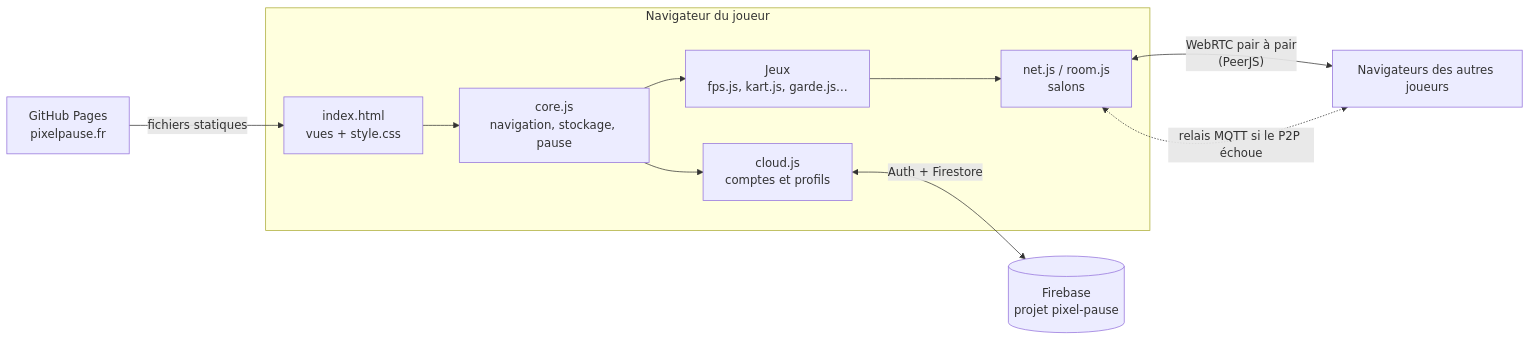
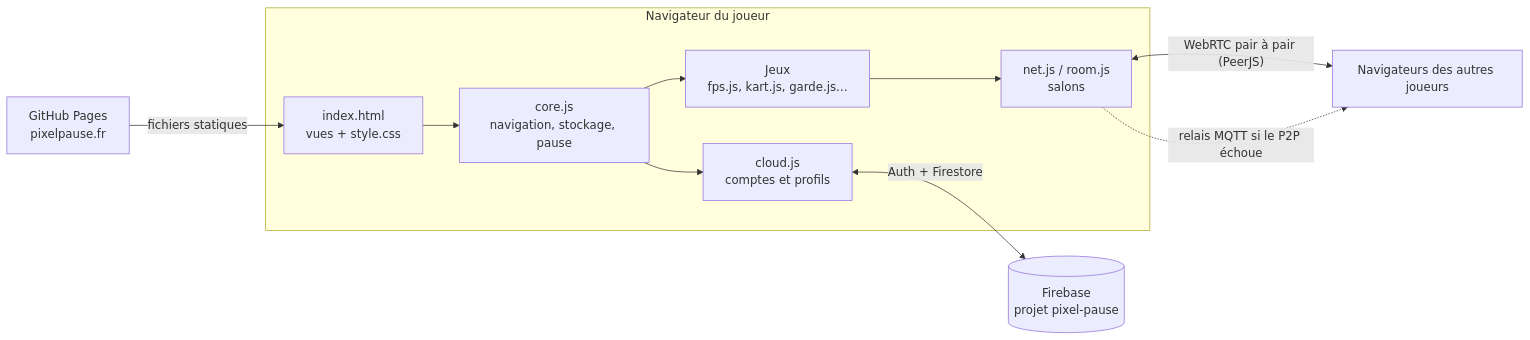
Before and after one commit to Anismk077/pixel-pause: the diagram in README.md, drawn with Mermaid.

Commit message:
README : schéma d'architecture plus robuste
Claude-Session: https://claude.ai/code/session_01JZHSzR26s3b4MM4egkxUR9

````diff
--- a/README.md
+++ b/README.md
@@ -124,18 +124,18 @@
 ```mermaid
 flowchart LR
     subgraph Navigateur["Navigateur du joueur"]
         UI["index.html<br/>vues + style.css"]
         CORE["core.js<br/>navigation, stockage, pause"]
         GAMES["Jeux<br/>fps.js, kart.js, garde.js…"]
         NET["net.js / room.js<br/>salons"]
         CLOUD["cloud.js<br/>comptes et profils"]
         UI --> CORE --> GAMES
         GAMES --> NET
         CORE --> CLOUD
     end
 
-    GH["GitHub Pages<br/>pixelpause.fr"] -- "fichiers statiques" --> UI
-    NET <-- "WebRTC pair à pair<br/>(PeerJS)" --> P2["Navigateurs des autres joueurs"]
-    NET <-. "relais MQTT si le P2P échoue" .-> P2
-    CLOUD <-- "Auth + Firestore" --> FB[("Firebase<br/>projet pixel-pause")]
+    GH["GitHub Pages<br/>pixelpause.fr"] -->|"fichiers statiques"| UI
+    NET <-->|"WebRTC pair à pair (PeerJS)"| P2["Navigateurs des autres joueurs"]
+    NET -.->|"relais MQTT si le P2P échoue"| P2
+    CLOUD <-->|"Auth + Firestore"| FB[("Firebase<br/>projet pixel-pause")]
 ```
````
